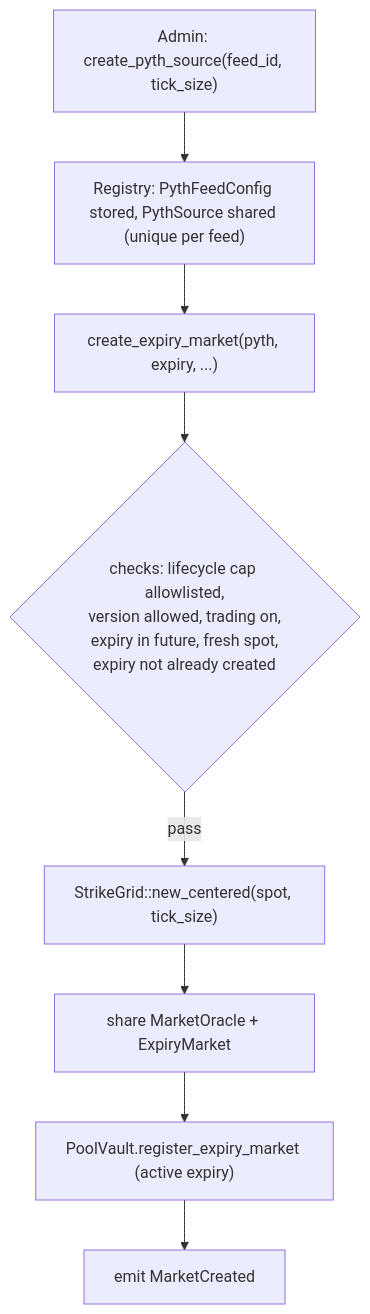
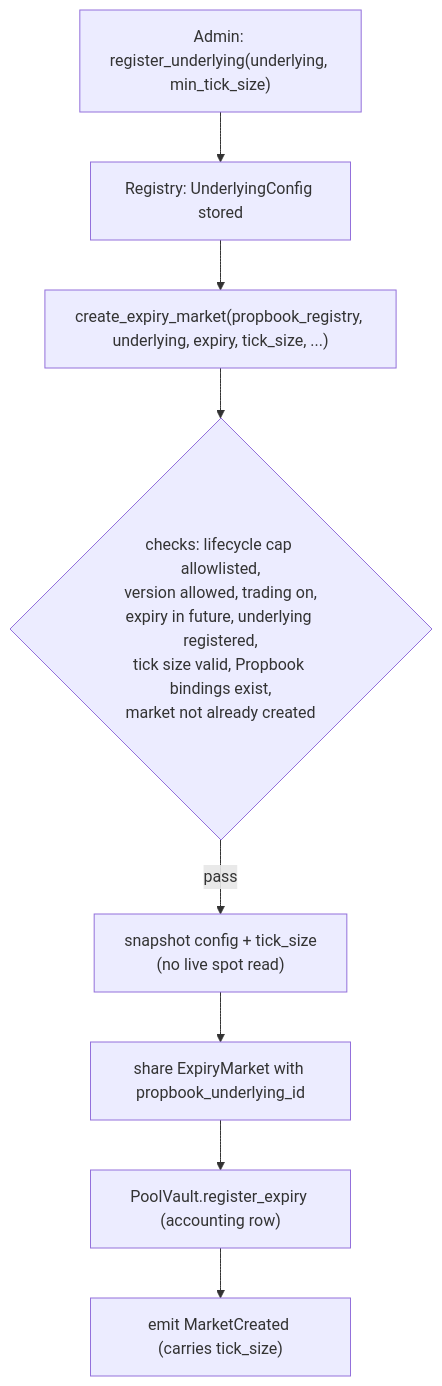
The first of 2 diagrams in packages/predict/docs/concepts/markets-and-positions.md (MystenLabs/deepbookv3), drawn with Mermaid before and after one commit. The commit also changed other lines of this file and 236 other files, not shown here.

First line of the commit message:
Predict rework: propbook oracle, absolute-tick strikes, async NAV/LP, passive settlement, indexers (#1071)

````diff
--- a/packages/predict/docs/concepts/markets-and-positions.md
+++ b/packages/predict/docs/concepts/markets-and-positions.md
@@ -29,10 +25,10 @@
 ```mermaid
 flowchart TD
-  A["Admin: create_pyth_source(feed_id, tick_size)"] --> B["Registry: PythFeedConfig stored, PythSource shared (unique per feed)"]
-  B --> C["create_expiry_market(pyth, expiry, ...)"]
-  C --> D{"checks: lifecycle cap allowlisted,<br/>version allowed, trading on,<br/>expiry in future, fresh spot,<br/>expiry not already created"}
-  D -->|pass| E["StrikeGrid::new_centered(spot, tick_size)"]
-  E --> F["share MarketOracle + ExpiryMarket"]
-  F --> G["PoolVault.register_expiry_market (active expiry)"]
-  G --> H["emit MarketCreated"]
+  A["Admin: register_underlying(underlying, min_tick_size)"] --> B["Registry: UnderlyingConfig stored"]
+  B --> C["create_expiry_market(propbook_registry, underlying, expiry, tick_size, ...)"]
+  C --> D{"checks: lifecycle cap allowlisted,<br/>version allowed, trading on,<br/>expiry in future, underlying registered,<br/>tick size valid, Propbook bindings exist,<br/>market not already created"}
+  D -->|pass| E["snapshot config + tick_size<br/>(no live spot read)"]
+  E --> F["share ExpiryMarket with propbook_underlying_id"]
+  F --> G["PoolVault.register_expiry (accounting row)"]
+  G --> H["emit MarketCreated (carries tick_size)"]
 ```
````
